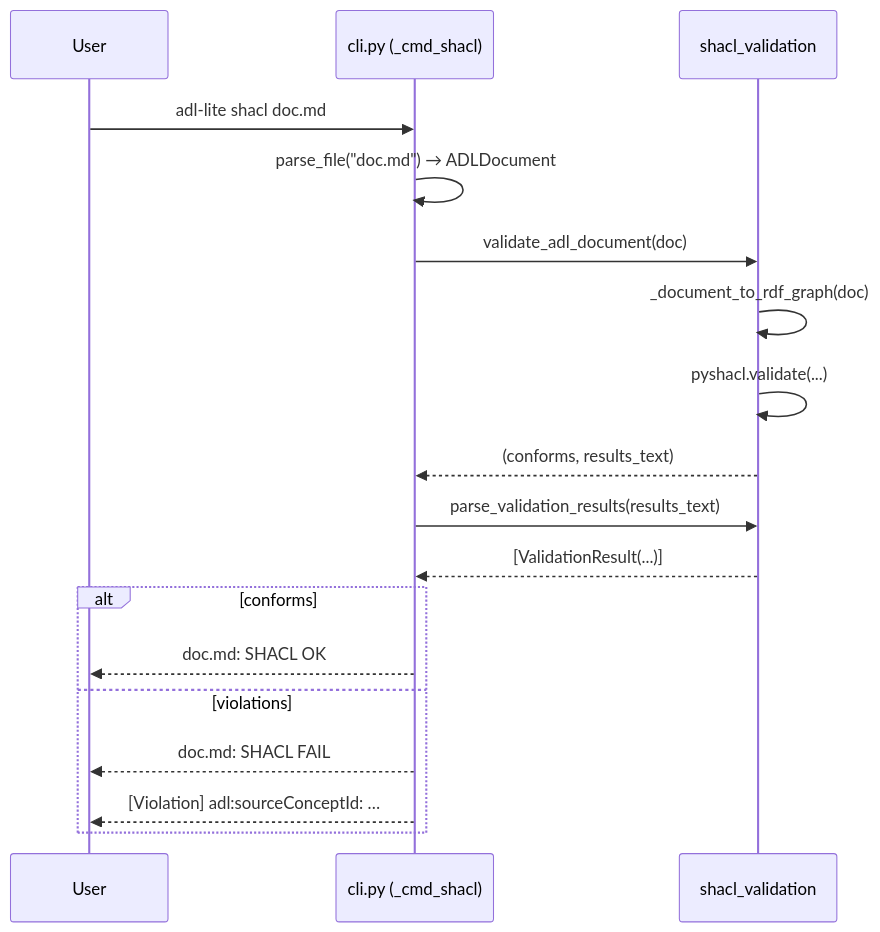
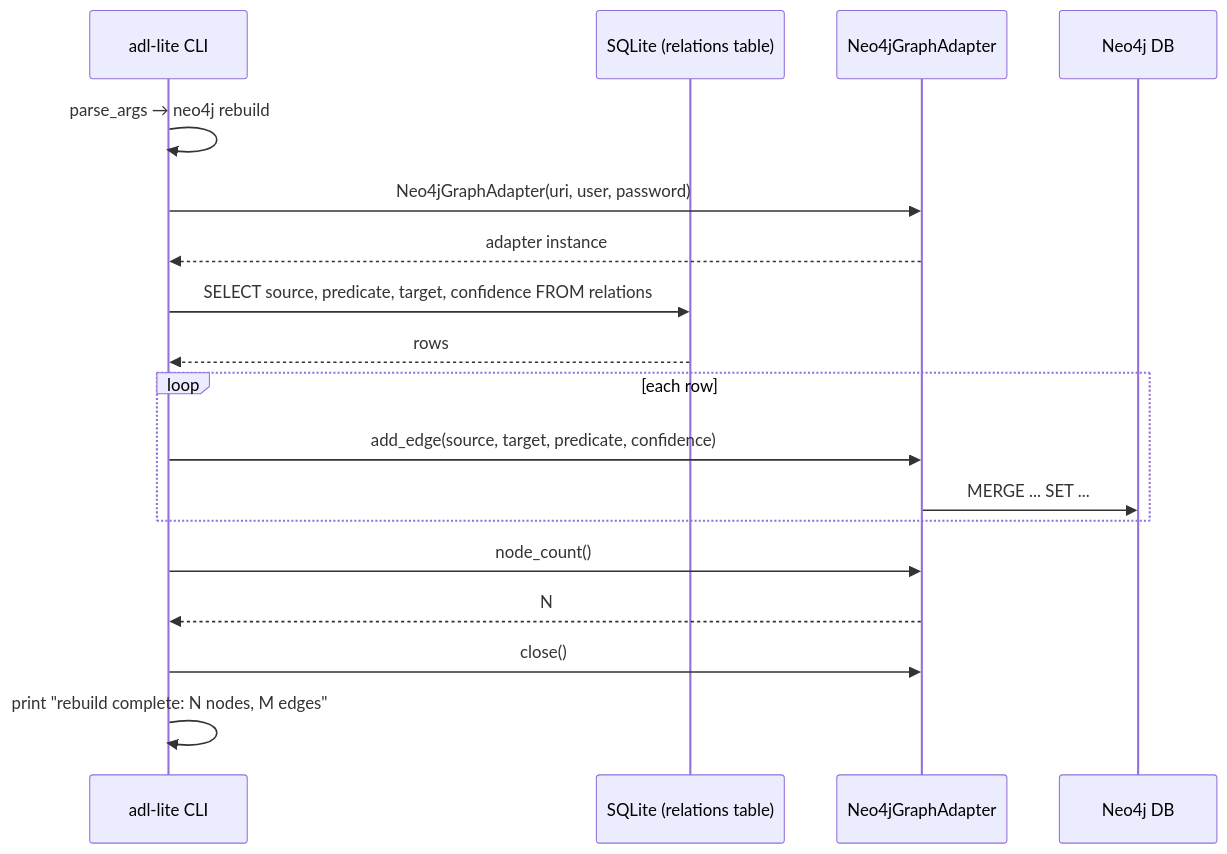
Before and after one commit to sunnyang1/adl-lite: the fourth of 5 diagrams in docs/system_design.md, drawn with Mermaid. The commit also changed other lines of this file and 4 other files, not shown here.

Commit message:
docs: add F25 Neo4j adapter design docs and update Merkle anchor

````diff
--- a/docs/system_design.md
+++ b/docs/system_design.md
@@ -258,25 +213,24 @@
 ```mermaid
 sequenceDiagram
-    participant User
-    participant CLI as cli.py (_cmd_shacl)
-    participant SH as shacl_validation
+    participant CLI as adl-lite CLI
+    participant DB as SQLite (relations table)
+    participant Adapter as Neo4jGraphAdapter
+    participant Neo4j as Neo4j DB
+
+    CLI->>CLI: parse_args → neo4j rebuild
+    CLI->>Adapter: Neo4jGraphAdapter(uri, user, password)
+    Adapter-->>CLI: adapter instance
+    CLI->>DB: SELECT source, predicate, target, confidence FROM relations
+    DB-->>CLI: rows
     
-    User->>CLI: adl-lite shacl doc.md
+    loop each row
+        CLI->>Adapter: add_edge(source, target, predicate, confidence)
+        Adapter->>Neo4j: MERGE ... SET ...
+    end
     
-    CLI->>CLI: parse_file("doc.md") → ADLDocument
-    
-    CLI->>SH: validate_adl_document(doc)
-    SH->>SH: _document_to_rdf_graph(doc)
-    SH->>SH: pyshacl.validate(...)
-    SH-->>CLI: (conforms, results_text)
-    
-    CLI->>SH: parse_validation_results(results_text)
-    SH-->>CLI: [ValidationResult(...)]
+    CLI->>Adapter: node_count()
+    Adapter-->>CLI: N
 
-    alt conforms
-        CLI-->>User: doc.md: SHACL OK
-    else violations
-        CLI-->>User: doc.md: SHACL FAIL
-        CLI-->>User:   [Violation] adl:sourceConceptId: …
-    end
+    CLI->>Adapter: close()
+    CLI->>CLI: print "rebuild complete: N nodes, M edges"
 ```
````
